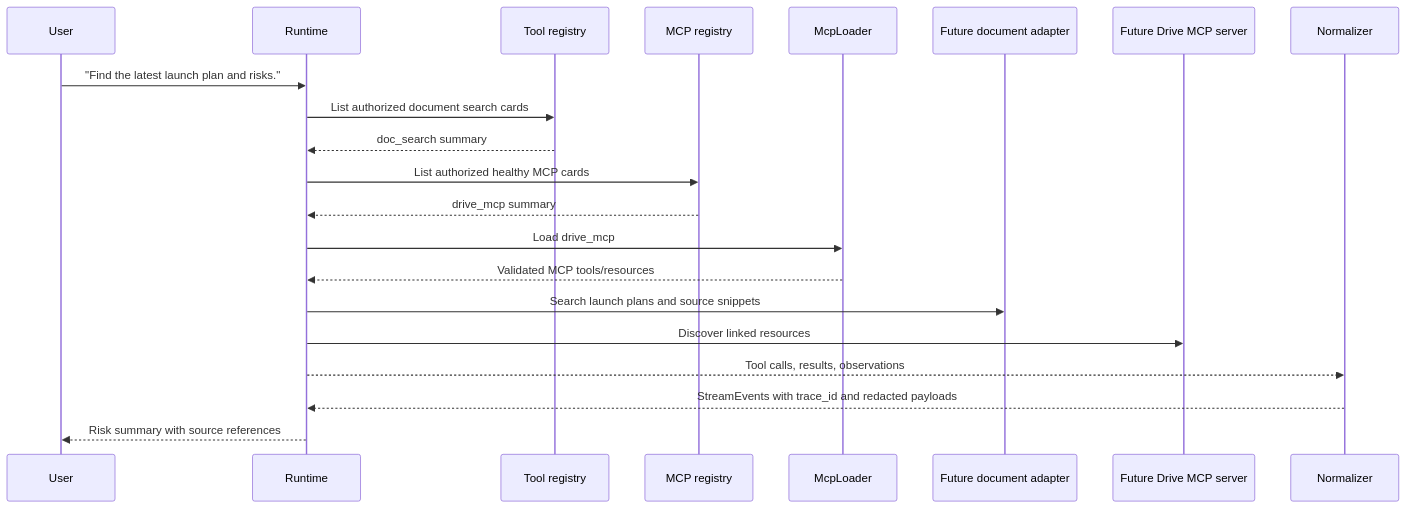
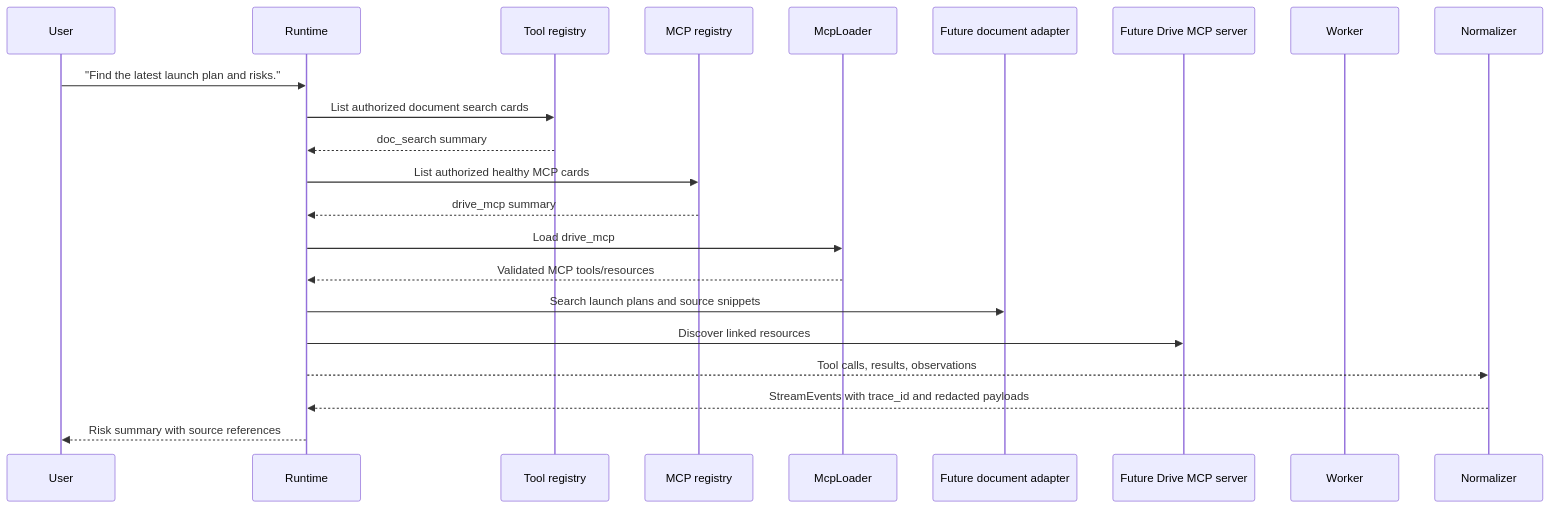
Before and after one commit to 0x-copilot-dev/0x-copilot: the sixth of 8 diagrams in services/ai-backend/docs/architecture/data-flow.md, drawn with Mermaid. The commit also changed other lines of this file and 161 other files, not shown here.

````diff
--- a/services/ai-backend/docs/architecture/data-flow.md
+++ b/services/ai-backend/docs/architecture/data-flow.md
@@ -204,24 +206,24 @@
 ```mermaid
 sequenceDiagram
   participant User
   participant Runtime
   participant Tools as Tool registry
   participant MCP as MCP registry
   participant McpLoader
   participant Docs as Future document adapter
   participant DriveMcp as Future Drive MCP server
-  participant Normalizer
+  participant Worker
 
   User->>Runtime: "Find the latest launch plan and risks."
   Runtime->>Tools: List authorized document search cards
   Tools-->>Runtime: doc_search summary
   Runtime->>MCP: List authorized healthy MCP cards
   MCP-->>Runtime: drive_mcp summary
   Runtime->>McpLoader: Load drive_mcp
   McpLoader-->>Runtime: Validated MCP tools/resources
   Runtime->>Docs: Search launch plans and source snippets
   Runtime->>DriveMcp: Discover linked resources
   Runtime-->>Normalizer: Tool calls, results, observations
   Normalizer-->>Runtime: StreamEvents with trace_id and redacted payloads
   Runtime-->>User: Risk summary with source references
 ```
````
